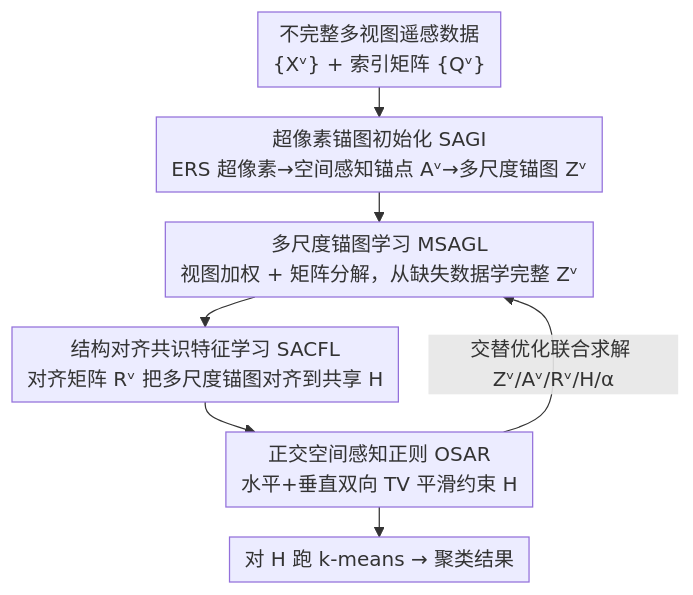
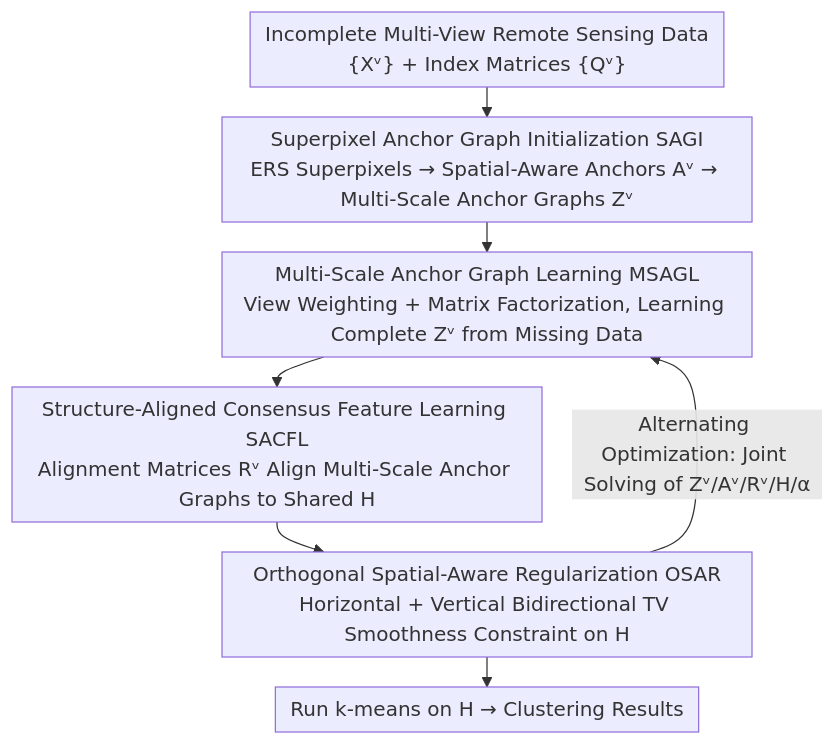
Before and after one commit to zhaoyang97/Paper-Notes-en: the diagram in docs/CVPR2026/remote_sensing/orthogonal_spatial-aware_multi-view_anchor_graph_clustering_for_incomplete_remot.md, drawn with Mermaid. The commit also changed 644 other files, not shown here.

````diff
--- a/docs/CVPR2026/remote_sensing/orthogonal_spatial-aware_multi-view_anchor_graph_clustering_for_incomplete_remot.md
+++ b/docs/CVPR2026/remote_sensing/orthogonal_spatial-aware_multi-view_anchor_graph_clustering_for_incomplete_remot.md
@@ -48,10 +48,10 @@
 ```mermaid
 %%{init: {'flowchart': {'rankSpacing': 24, 'nodeSpacing': 28, 'padding': 6, 'wrappingWidth': 400}}}%%
 flowchart TD
-    A["不完整多视图遥感数据<br/>{Xᵛ} + 索引矩阵 {Qᵛ}"] --> B["超像素锚图初始化 SAGI<br/>ERS 超像素→空间感知锚点 Aᵛ→多尺度锚图 Zᵛ"]
-    B --> C["多尺度锚图学习 MSAGL<br/>视图加权 + 矩阵分解，从缺失数据学完整 Zᵛ"]
-    C --> D["结构对齐共识特征学习 SACFL<br/>对齐矩阵 Rᵛ 把多尺度锚图对齐到共享 H"]
-    D --> E["正交空间感知正则 OSAR<br/>水平+垂直双向 TV 平滑约束 H"]
-    E -->|交替优化联合求解 Zᵛ/Aᵛ/Rᵛ/H/α| C
-    E --> F["对 H 跑 k-means → 聚类结果"]
+    A["Incomplete Multi-View Remote Sensing Data<br/>{Xᵛ} + Index Matrices {Qᵛ}"] --> B["Superpixel Anchor Graph Initialization SAGI<br/>ERS Superpixels → Spatial-Aware Anchors Aᵛ → Multi-Scale Anchor Graphs Zᵛ"]
+    B --> C["Multi-Scale Anchor Graph Learning MSAGL<br/>View Weighting + Matrix Factorization, Learning Complete Zᵛ from Missing Data"]
+    C --> D["Structure-Aligned Consensus Feature Learning SACFL<br/>Alignment Matrices Rᵛ Align Multi-Scale Anchor Graphs to Shared H"]
+    D --> E["Orthogonal Spatial-Aware Regularization OSAR<br/>Horizontal + Vertical Bidirectional TV Smoothness Constraint on H"]
+    E -->|Alternating Optimization: Joint Solving of Zᵛ/Aᵛ/Rᵛ/H/α| C
+    E --> F["Run k-means on H → Clustering Results"]
 ```
````
